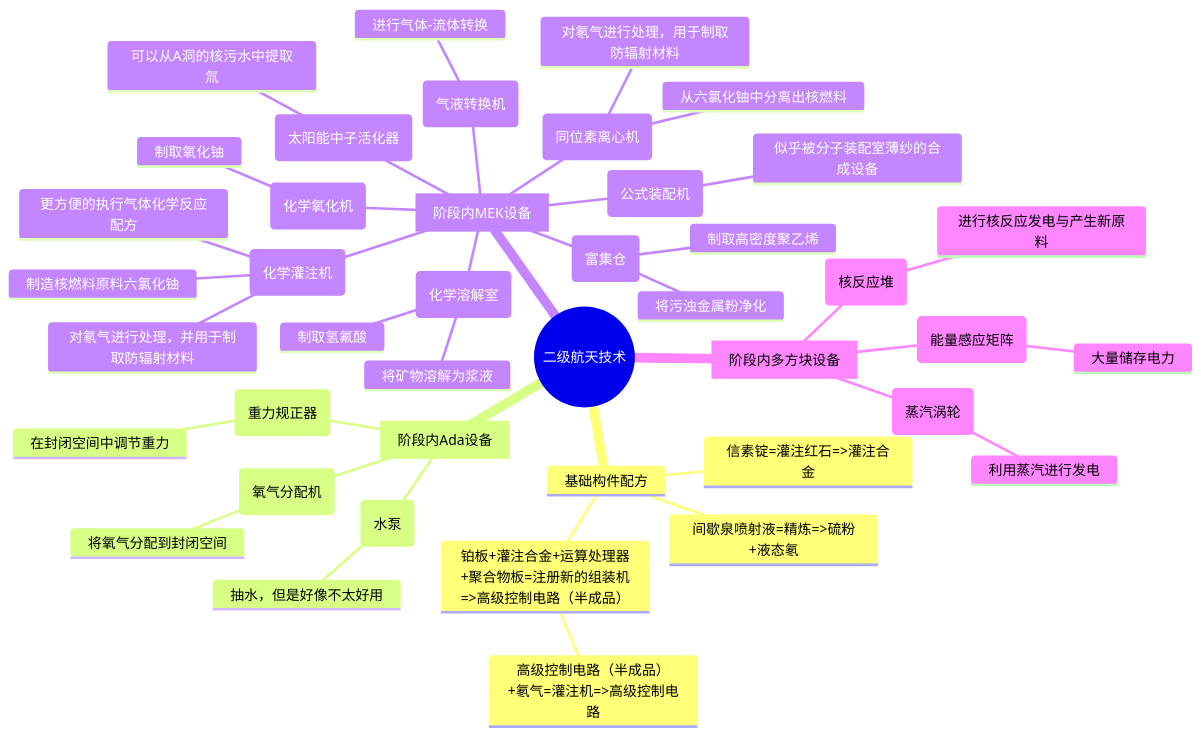
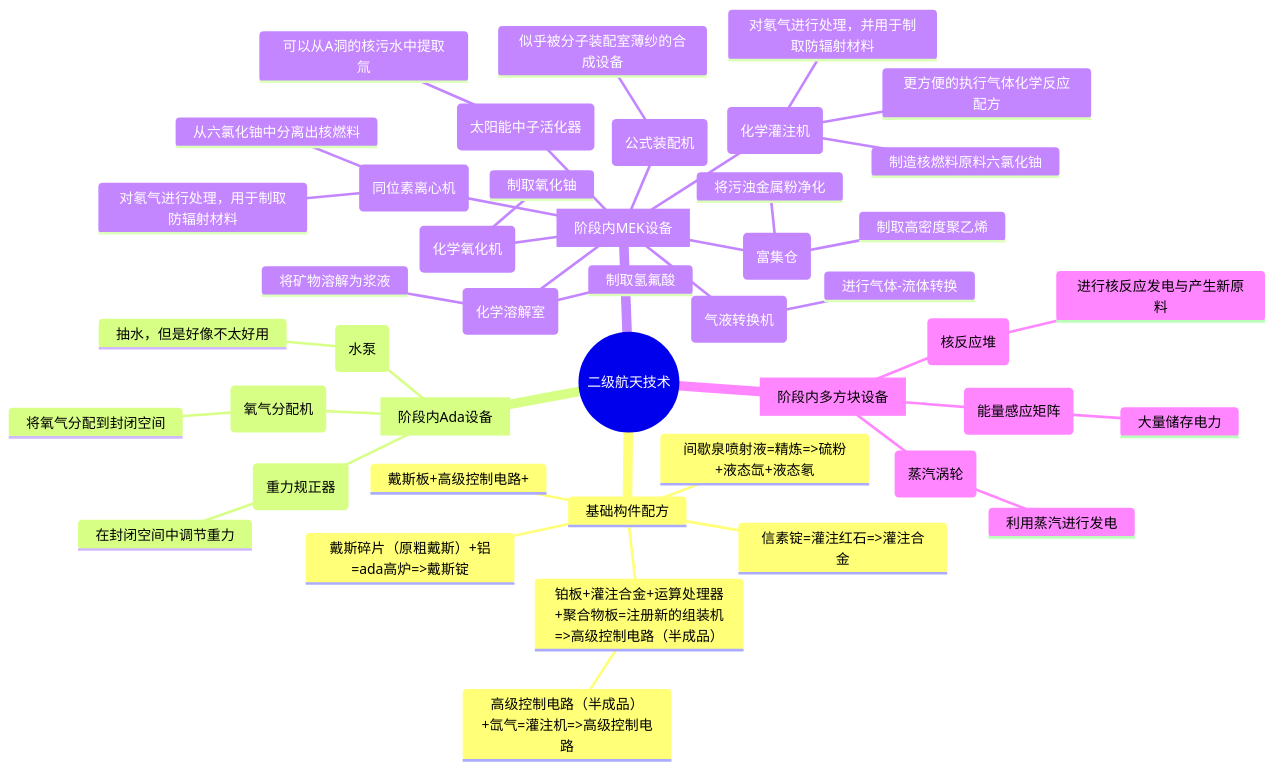
The second of 4 diagrams in Developer/TechTreeMap.md (VechniMetel/CodeNameCIM2), drawn with Mermaid before and after one commit. The commit also changed 5 other files, not shown here.

````diff
--- a/Developer/TechTreeMap.md
+++ b/Developer/TechTreeMap.md
@@ -34,45 +33,47 @@
 ``` mermaid
 mindmap
     root((二级航天技术))
         基础构件配方
+            戴斯碎片（原粗戴斯）+铝=ada高炉=>戴斯锭
             信素锭=灌注红石=>灌注合金
-            间歇泉喷射液=精炼=>硫粉+液态氡
+            间歇泉喷射液=精炼=>硫粉+液态氙+液态氡
             铂板+灌注合金+运算处理器+聚合物板=注册新的组装机=>高级控制电路（半成品）
-                高级控制电路（半成品）+氡气=灌注机=>高级控制电路
+                高级控制电路（半成品）+氙气=灌注机=>高级控制电路
+            戴斯板+高级控制电路+
         [阶段内Ada设备]
             (水泵)
                 抽水，但是好像不太好用
             (氧气分配机)
                 将氧气分配到封闭空间
             (重力规正器)
                 在封闭空间中调节重力
         [阶段内MEK设备]
             (富集仓)
                 将污浊金属粉净化
                 制取高密度聚乙烯
             (公式装配机)
                 似乎被分子装配室薄纱的合成设备
             (化学灌注机)
                 更方便的执行气体化学反应配方
                 制造核燃料原料六氯化铀
                 对氡气进行处理，并用于制取防辐射材料
             (化学氧化机)
                 制取氧化铀
             (化学溶解室)
                 制取氢氟酸
                 将矿物溶解为浆液
             (同位素离心机)
                 从六氯化铀中分离出核燃料
                 对氡气进行处理，用于制取防辐射材料
             (气液转换机)
                 进行气体-流体转换
             (太阳能中子活化器)
                 可以从A洞的核污水中提取氚
         [阶段内多方块设备]
             (能量感应矩阵)
                 大量储存电力
             (蒸汽涡轮)
                 利用蒸汽进行发电
             (核反应堆)
                 进行核反应发电与产生新原料
 ```
````
